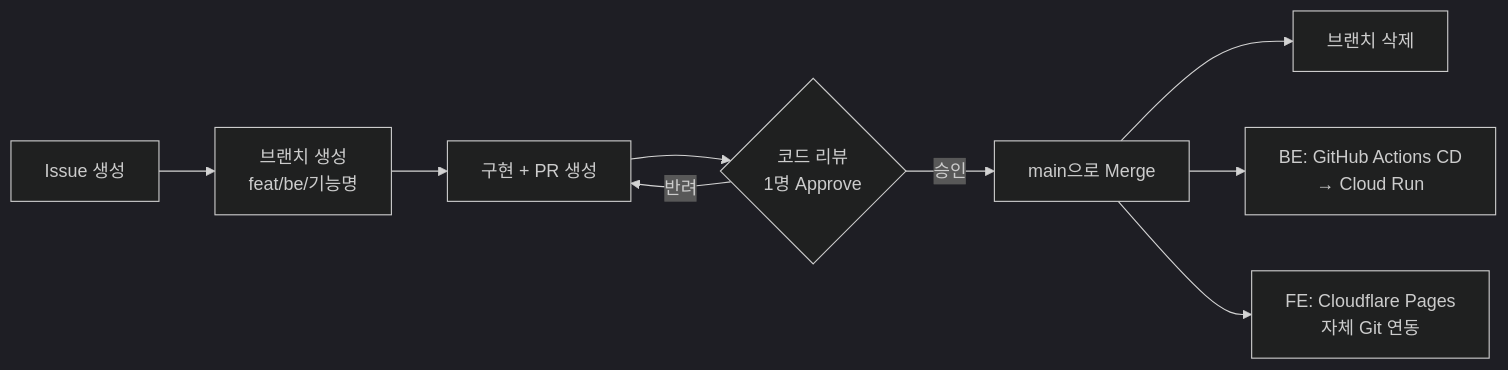
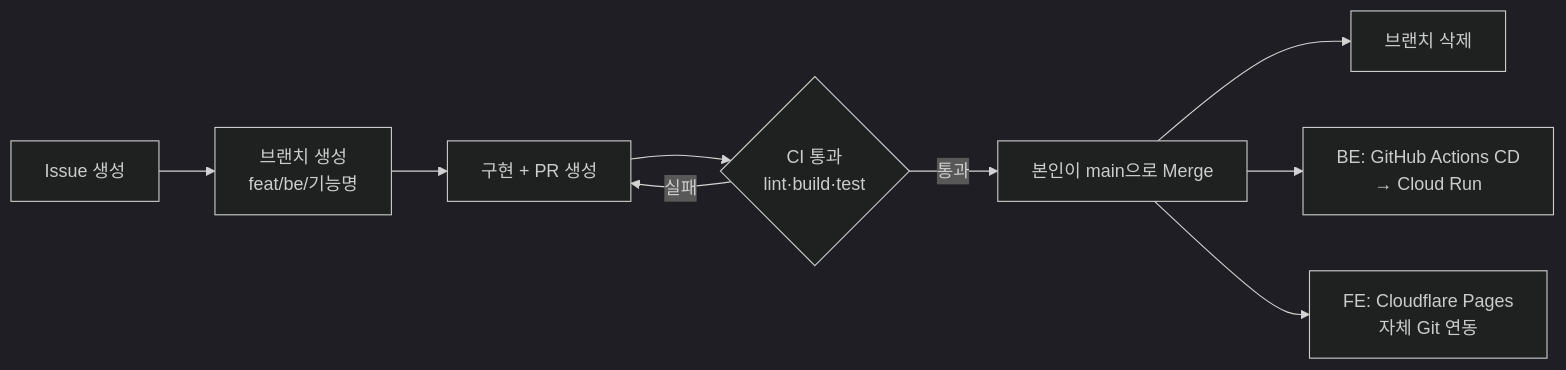
One commit to TeamBreadBread/breadbread changed the second of 2 diagrams in CONTRIBUTING.md. Above: the diagram before and after it, drawn with Mermaid (dark theme). The commit also changed other lines of this file, not shown here.

````diff
--- a/CONTRIBUTING.md
+++ b/CONTRIBUTING.md
@@ -41,11 +41,11 @@
 ```mermaid
 flowchart LR
     A[Issue 생성] --> B["브랜치 생성<br/>feat/be/기능명"]
     B --> C[구현 + PR 생성]
-    C --> D{"코드 리뷰<br/>1명 Approve"}
-    D -- 반려 --> C
-    D -- 승인 --> E[main으로 Merge]
+    C --> D{"CI 통과<br/>lint·build·test"}
+    D -- 실패 --> C
+    D -- 통과 --> E[본인이 main으로 Merge]
     E --> F[브랜치 삭제]
     E --> G["BE: GitHub Actions CD<br/>→ Cloud Run"]
     E --> H["FE: Cloudflare Pages<br/>자체 Git 연동"]
 ```
````
